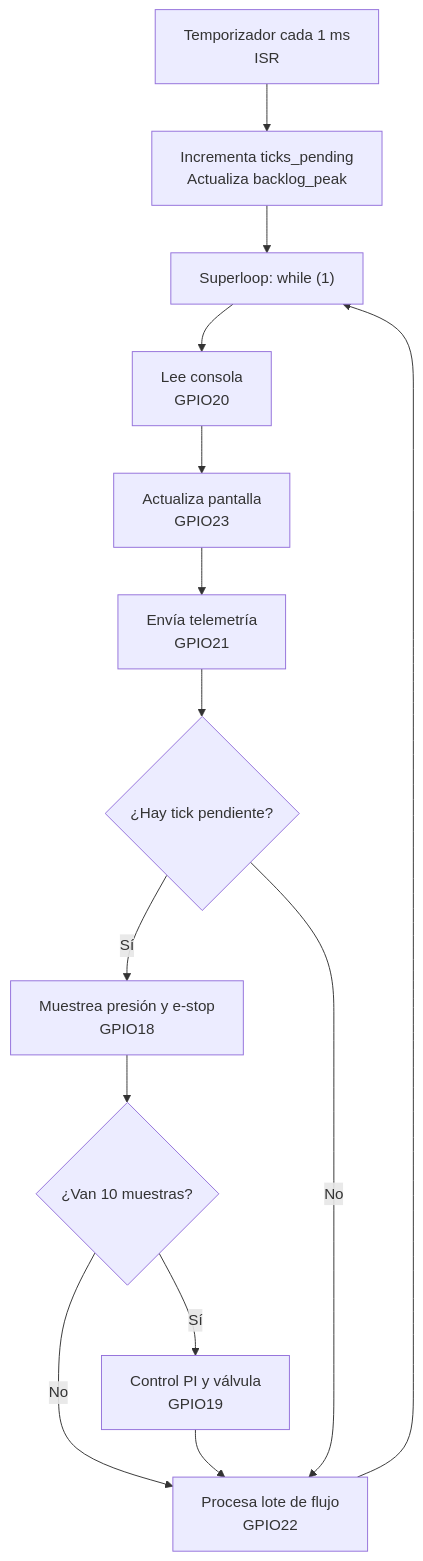
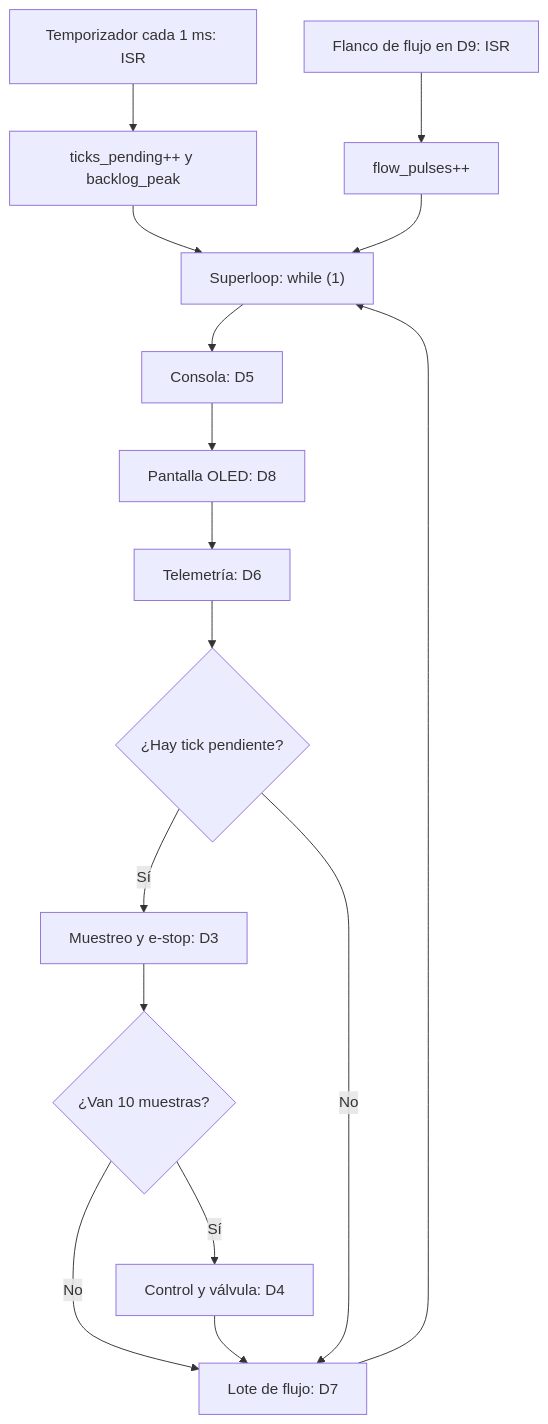
One commit to Mariana-zy/4101137-real-time-systems changed the diagram in Reportes/Lab01.md. Above: the diagram before and after it, drawn with Mermaid. The commit also changed other lines of this file, not shown here.

Commit message:
Refactor group and plate information in Lab01.md

````diff
--- a/Reportes/Lab01.md
+++ b/Reportes/Lab01.md
@@ -27,19 +26,20 @@
 ```mermaid
 flowchart TD
-    A["Temporizador cada 1 ms<br/>ISR"] --> B["Incrementa ticks_pending<br/>Actualiza backlog_peak"]
-    B --> C["Superloop: while (1)"]
+    T["Temporizador cada 1 ms: ISR"] --> P["ticks_pending++ y backlog_peak"]
+    F["Flanco de flujo en D9: ISR"] --> Q["flow_pulses++"]
+    P --> L["Superloop: while (1)"]
+    Q --> L
 
-    C --> D["Lee consola<br/>GPIO20"]
-    D --> E["Actualiza pantalla<br/>GPIO23"]
-    E --> F["Envía telemetría<br/>GPIO21"]
-    F --> G{"¿Hay tick pendiente?"}
+    L --> C["Consola: D5"]
+    C --> H["Pantalla OLED: D8"]
+    H --> E["Telemetría: D6"]
+    E --> D{"¿Hay tick pendiente?"}
 
-    G -- Sí --> H["Muestrea presión y e-stop<br/>GPIO18"]
-    H --> I{"¿Van 10 muestras?"}
-    I -- Sí --> J["Control PI y válvula<br/>GPIO19"]
-    I -- No --> K["Procesa lote de flujo<br/>GPIO22"]
-    J --> K
-    K --> C
-
-    G -- No --> K
+    D -- Sí --> S["Muestreo y e-stop: D3"]
+    S --> K{"¿Van 10 muestras?"}
+    K -- Sí --> R["Control y válvula: D4"]
+    K -- No --> B["Lote de flujo: D7"]
+    R --> B
+    D -- No --> B
+    B --> L
 ```
````
